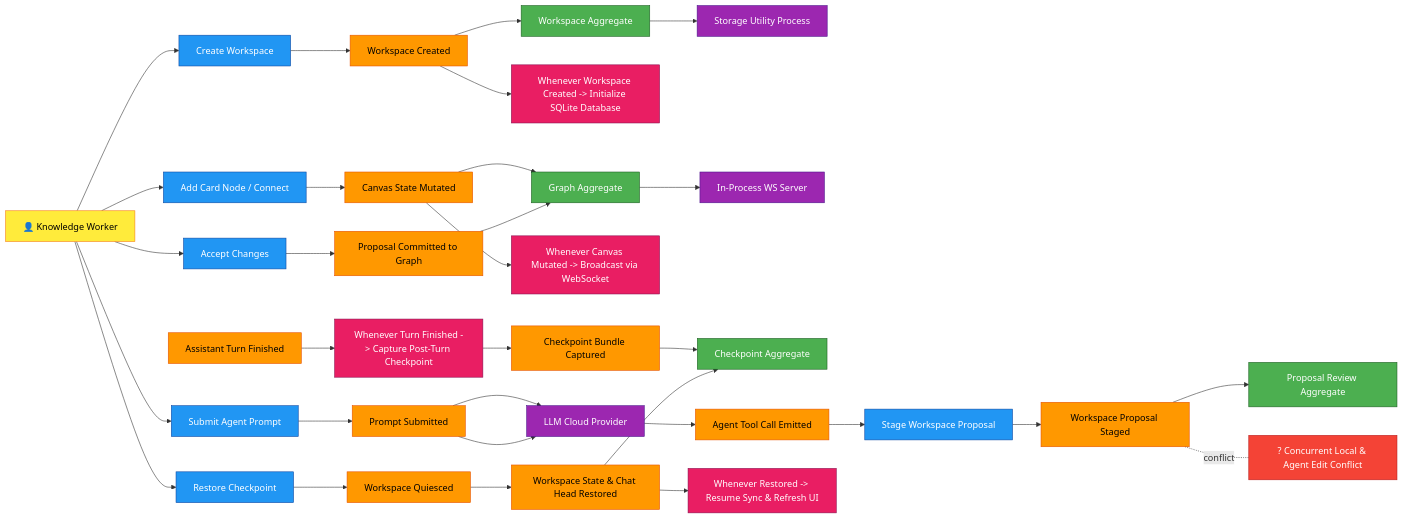
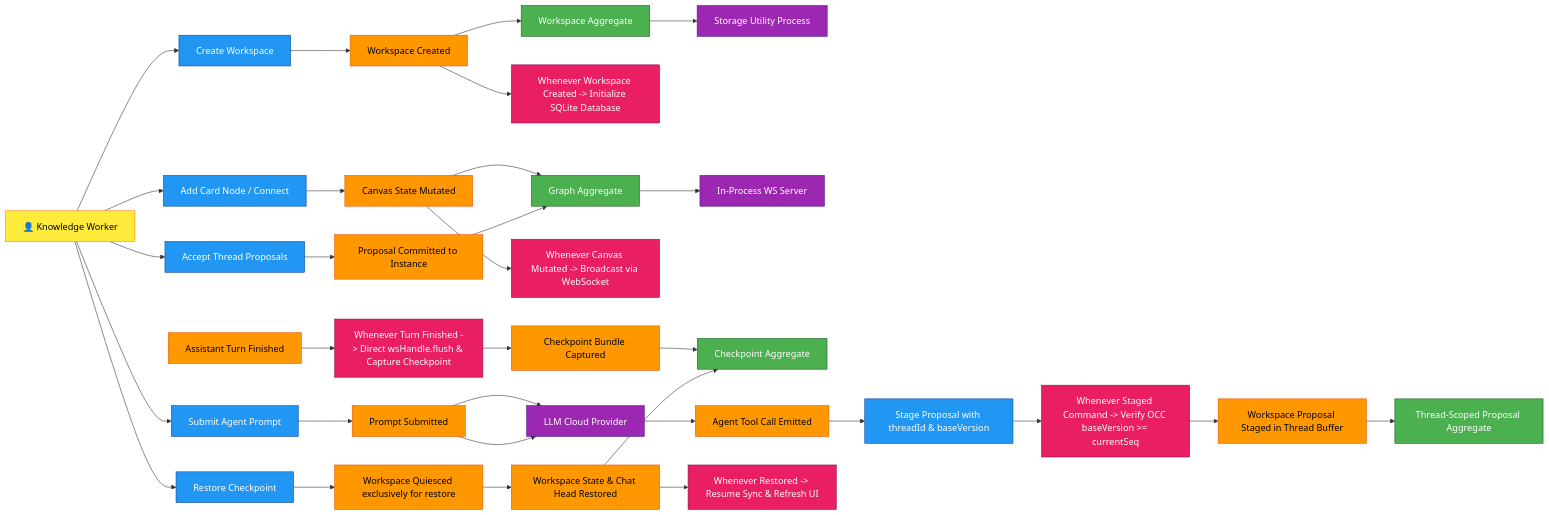
Before and after one commit to Goldwaterfung/Collaragent: the second of 17 diagrams in docs/design-catalog/README.md, drawn with Mermaid. The commit also changed other lines of this file and 31 other files, not shown here.

```diff
--- a/docs/design-catalog/README.md
+++ b/docs/design-catalog/README.md
@@ -145,9 +146,9 @@
     CmdSendPrompt --> EvtPromptSent
     EvtPromptSent --> SysLLM
 
-    %% 4. Post-Turn Checkpoint & Bundle Capture
+    %% 4. Post-Turn Checkpoint & Bundle Capture (Decoupled, No Global Quiesce)
     EvtTurnFinished[Assistant Turn Finished]:::event
-    PolPostTurnCheck[Whenever Turn Finished -> Capture Post-Turn Checkpoint]:::policy
+    PolPostTurnCheck[Whenever Turn Finished -> Direct wsHandle.flush & Capture Checkpoint]:::policy
     EvtCheckSaved[Checkpoint Bundle Captured]:::event
     AggCheck[Checkpoint Aggregate]:::aggregate
 
@@ -155,29 +156,29 @@
     PolPostTurnCheck --> EvtCheckSaved
     EvtCheckSaved --> AggCheck
 
-    %% 4. Agent Tool Execution & Staged Proposals
+    %% 5. Agent Tool Execution & Thread-Segregated Staged Proposals
     EvtPromptSent --> SysLLM
     SysLLM --> EvtToolCalled[Agent Tool Call Emitted]:::event
-    CmdStageProp[Stage Workspace Proposal]:::command
-    EvtPropStaged[Workspace Proposal Staged]:::event
-    AggProposal[Proposal Review Aggregate]:::aggregate
-    HotspotConflict[? Concurrent Local & Agent Edit Conflict]:::hotspot
+    CmdStageProp[Stage Proposal with threadId & baseVersion]:::command
+    PolOCC[Whenever Staged Command -> Verify OCC baseVersion >= currentSeq]:::policy
+    EvtPropStaged[Workspace Proposal Staged in Thread Buffer]:::event
+    AggProposal[Thread-Scoped Proposal Aggregate]:::aggregate
 
     EvtToolCalled --> CmdStageProp
-    CmdStageProp --> EvtPropStaged
+    CmdStageProp --> PolOCC
+    PolOCC --> EvtPropStaged
     EvtPropStaged --> AggProposal
-    EvtPropStaged -.conflict.- HotspotConflict
 
-    %% 5. Proposal Acceptance & Commit
-    CmdAccept[Accept Changes]:::command
-    EvtPropCommitted[Proposal Committed to Graph]:::event
+    %% 6. Thread-Scoped Proposal Acceptance & Commit
+    CmdAccept[Accept Thread Proposals]:::command
+    EvtPropCommitted[Proposal Committed to Instance]:::event
     User --> CmdAccept
     CmdAccept --> EvtPropCommitted
     EvtPropCommitted --> AggGraph
 
-    %% 6. Time-Travel Restore
+    %% 7. Time-Travel Restore (Exclusive Quiesce)
     CmdRestore[Restore Checkpoint]:::command
-    EvtQuiesced[Workspace Quiesced]:::event
+    EvtQuiesced[Workspace Quiesced exclusively for restore]:::event
     EvtStateRestored[Workspace State & Chat Head Restored]:::event
     PolResume[Whenever Restored -> Resume Sync & Refresh UI]:::policy
 
```
